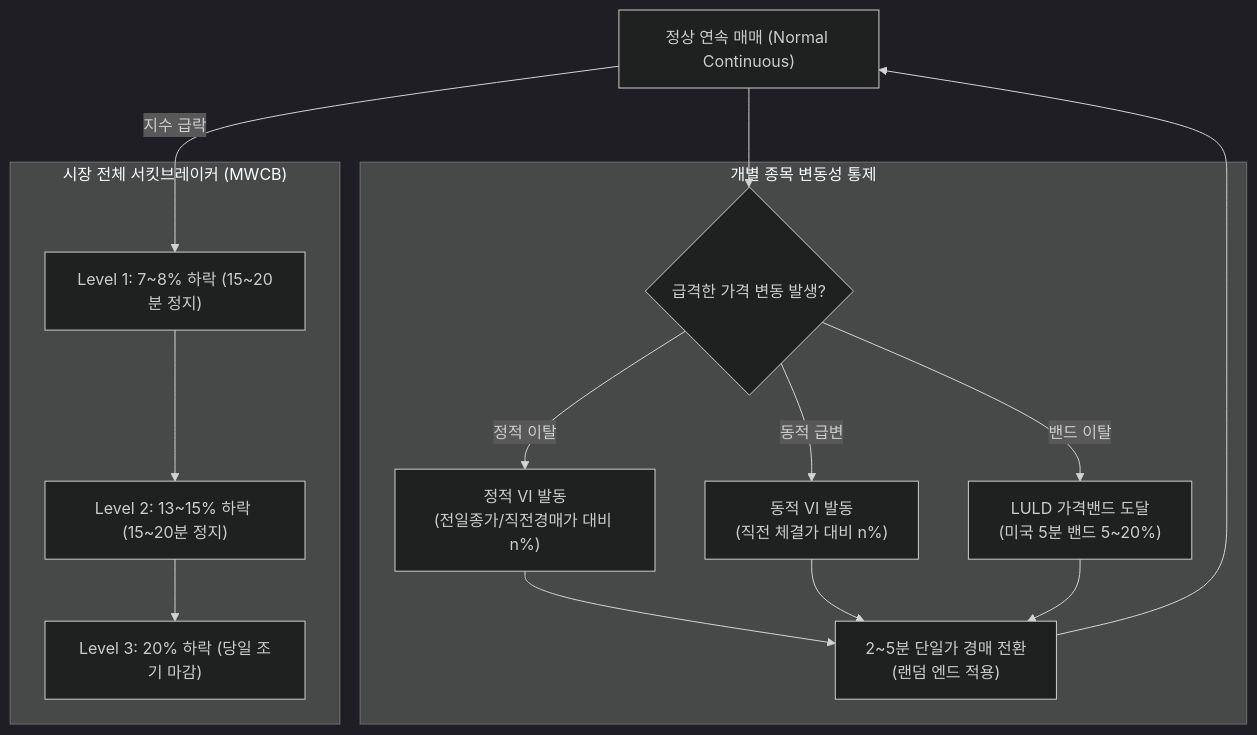
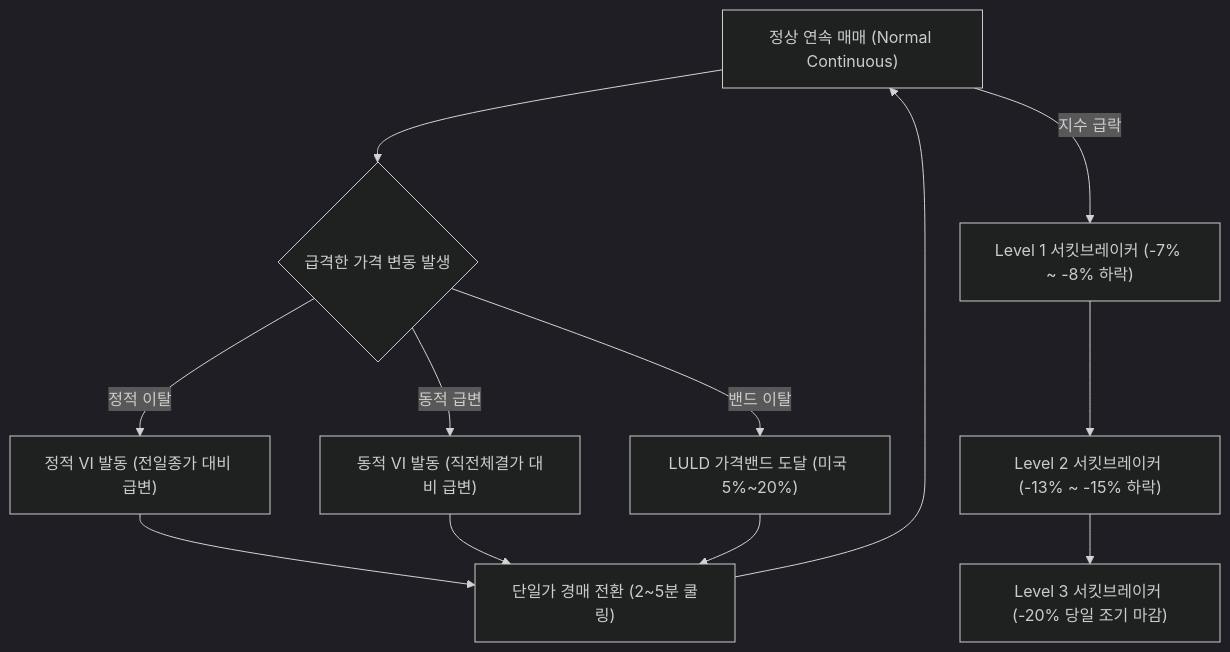
One commit to keimania/global-exchanges changed the third of 4 diagrams in ko/comparison_matrix.md. Above: the diagram before and after it, drawn with Mermaid (dark theme). The commit also changed other lines of this file and 3 other files, not shown here.

Commit message:
fix: resolve KaTeX/Mermaid conflicts in comparison matrix and enhance dark mode UI

````diff
--- a/ko/comparison_matrix.md
+++ b/ko/comparison_matrix.md
@@ -115,27 +107,26 @@
 ```mermaid
 flowchart TD
     Normal["정상 연속 매매 (Normal Continuous)"]
-    
-    subgraph Single_Stock_Controls["개별 종목 변동성 통제"]
-        VI_Check{"급격한 가격 변동 발생?"}
-        VI_Static["정적 VI 발동<br>(전일종가/직전경매가 대비 n%)"]
-        VI_Dynamic["동적 VI 발동<br>(직전 체결가 대비 n%)"]
-        LULD_Band["LULD 가격밴드 도달<br>(미국 5분 밴드 5~20%)"]
-        CallAuction["2~5분 단일가 경매 전환<br>(랜덤 엔드 적용)"]
-    end
-
-    subgraph Market_Wide_Controls["시장 전체 서킷브레이커 (MWCB)"]
-        Level1["Level 1: 7~8% 하락 (15~20분 정지)"]
-        Level2["Level 2: 13~15% 하락 (15~20분 정지)"]
-        Level3["Level 3: 20% 하락 (당일 조기 마감)"]
-    end
+    VI_Check{"급격한 가격 변동 발생"}
+    VI_Static["정적 VI 발동 (전일종가 대비 급변)"]
+    VI_Dynamic["동적 VI 발동 (직전체결가 대비 급변)"]
+    LULD_Band["LULD 가격밴드 도달 (미국 5%~20%)"]
+    CallAuction["단일가 경매 전환 (2~5분 쿨링)"]
 
     Normal --> VI_Check
-    VI_Check -->|정적 이탈| VI_Static --> CallAuction
-    VI_Check -->|동적 급변| VI_Dynamic --> CallAuction
-    VI_Check -->|밴드 이탈| LULD_Band --> CallAuction
+    VI_Check -->|정적 이탈| VI_Static
+    VI_Check -->|동적 급변| VI_Dynamic
+    VI_Check -->|밴드 이탈| LULD_Band
+    VI_Static --> CallAuction
+    VI_Dynamic --> CallAuction
+    LULD_Band --> CallAuction
     CallAuction --> Normal
 
+    Level1["Level 1 서킷브레이커 (-7% ~ -8% 하락)"]
+    Level2["Level 2 서킷브레이커 (-13% ~ -15% 하락)"]
+    Level3["Level 3 서킷브레이커 (-20% 당일 조기 마감)"]
+
     Normal -->|지수 급락| Level1
-    Level1 --> Level2 --> Level3
+    Level1 --> Level2
+    Level2 --> Level3
 ```
````
